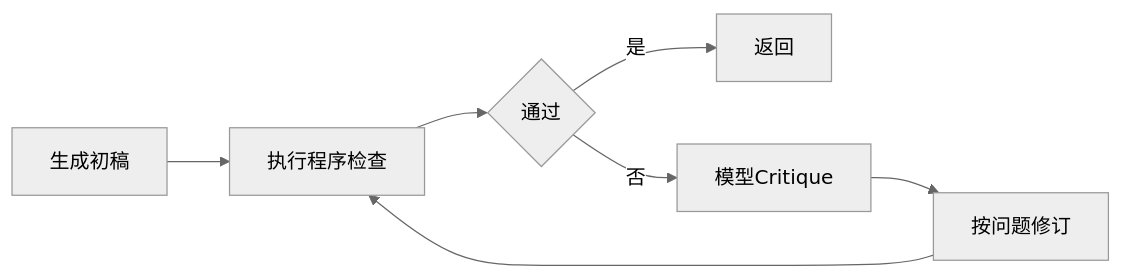
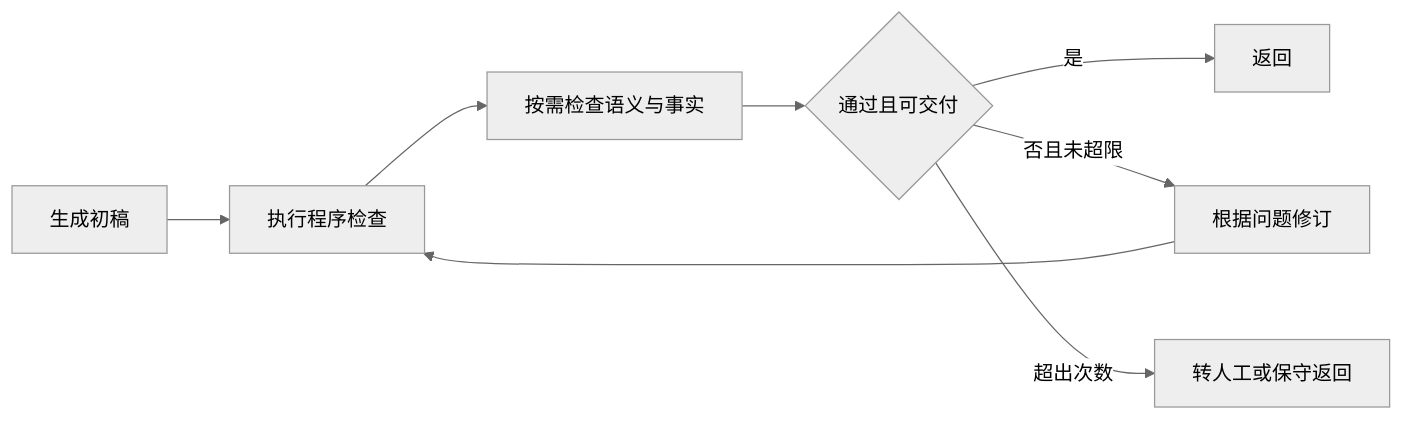
Before and after one commit to GuoWWWX/knowledge-base: the diagram in 10-AI应用开发/05-Agent-MCP-Skills/05-Reflection-实现.md, drawn with Mermaid (neutral theme). The commit also changed other lines of this file and 368 other files, not shown here.

````diff
--- a/10-AI应用开发/05-Agent-MCP-Skills/05-Reflection-实现.md
+++ b/10-AI应用开发/05-Agent-MCP-Skills/05-Reflection-实现.md
@@ -49,9 +53,10 @@
 ```mermaid
 flowchart LR
     A[生成初稿] --> B[执行程序检查]
-    B --> C{通过}
-    C -->|是| D[返回]
-    C -->|否| E[模型Critique]
-    E --> F[按问题修订]
+    B --> C[按需检查语义与事实]
+    C --> D{通过且可交付}
+    D -->|是| E[返回]
+    D -->|否且未超限| F[根据问题修订]
     F --> B
+    D -->|超出次数| G[转人工或保守返回]
 ```
````
